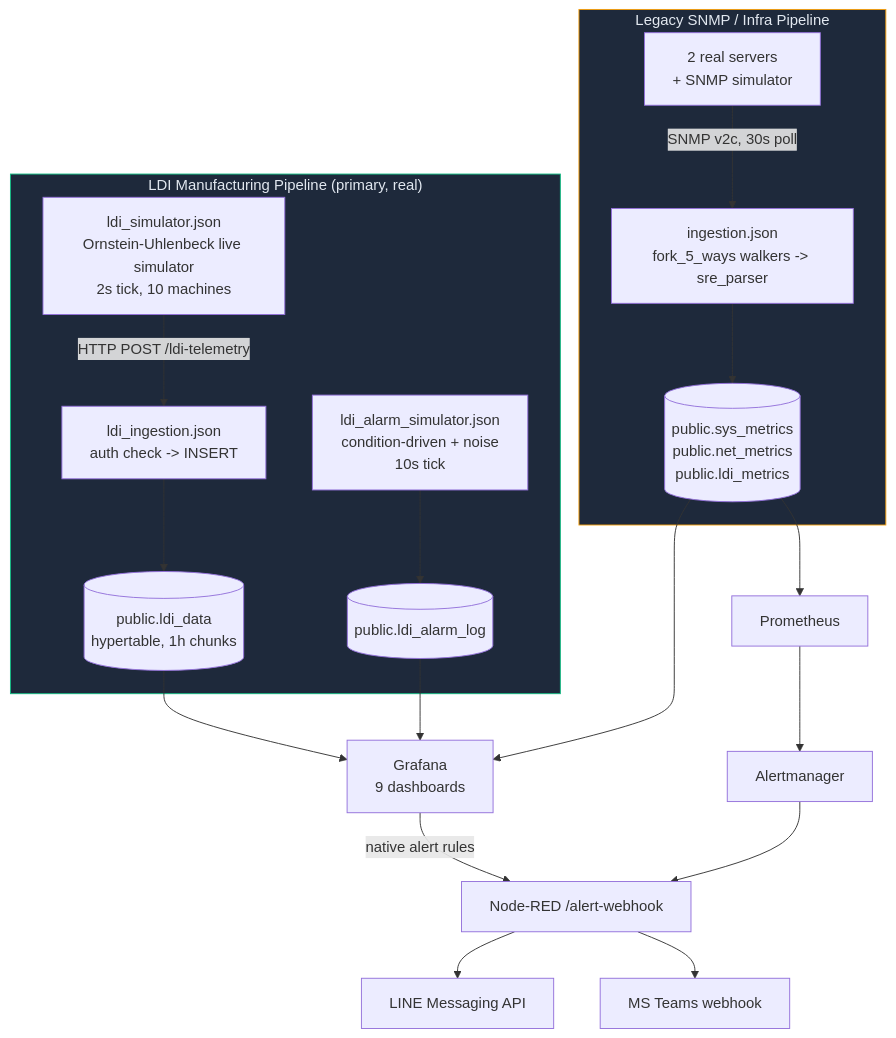
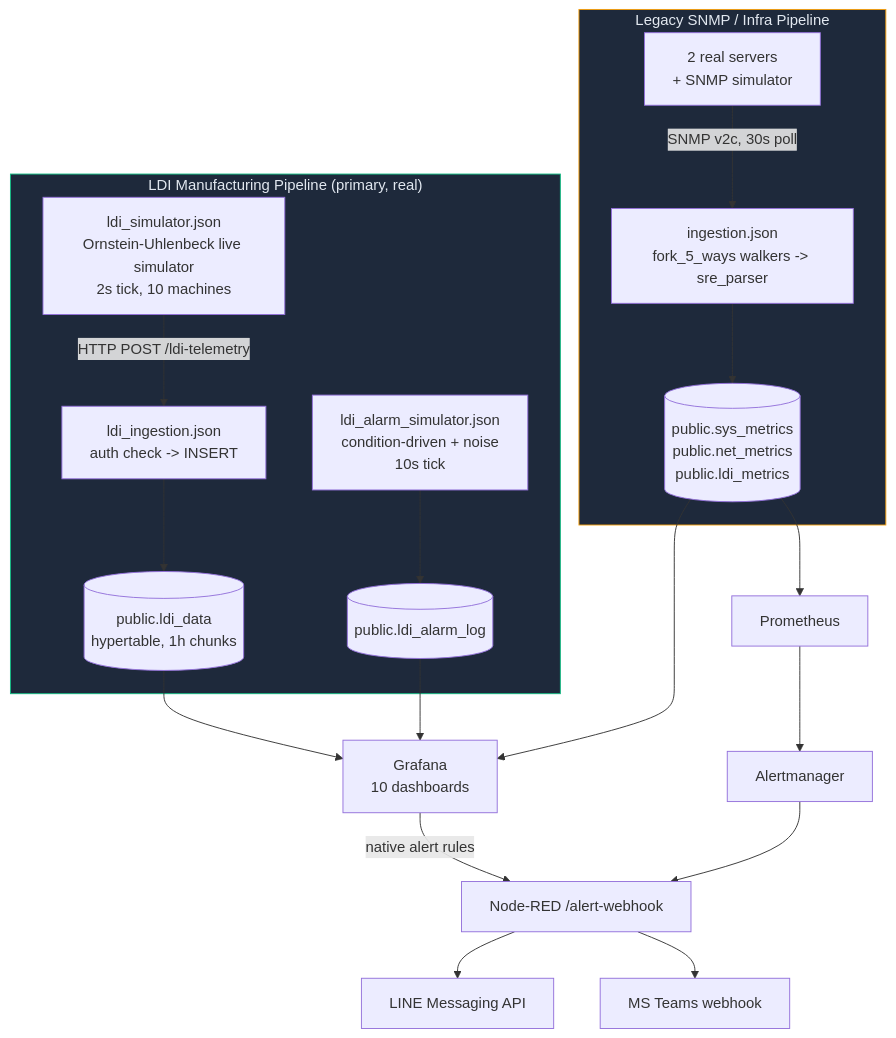
Before and after one commit to PATTANAKORN025/IMS: the diagram in docs/architecture/ARCHITECTURE.md, drawn with Mermaid. The commit also changed other lines of this file and 3 other files, not shown here.

````diff
--- a/docs/architecture/ARCHITECTURE.md
+++ b/docs/architecture/ARCHITECTURE.md
@@ -11,25 +11,25 @@
 ```mermaid
 flowchart TB
     subgraph LDI ["LDI Manufacturing Pipeline (primary, real)"]
         SIM["ldi_simulator.json\nOrnstein-Uhlenbeck live simulator\n2s tick, 10 machines"] -->|"HTTP POST /ldi-telemetry"| ING["ldi_ingestion.json\nauth check -> INSERT"]
         ING --> LDIDATA[("public.ldi_data\nhypertable, 1h chunks")]
         ALMSIM["ldi_alarm_simulator.json\ncondition-driven + noise\n10s tick"] --> ALARMLOG[("public.ldi_alarm_log")]
     end
 
     subgraph LEGACY ["Legacy SNMP / Infra Pipeline"]
         DEV["2 real servers\n+ SNMP simulator"] -->|"SNMP v2c, 30s poll"| NR["ingestion.json\nfork_5_ways walkers -> sre_parser"]
         NR --> SYSMETRICS[("public.sys_metrics\npublic.net_metrics\npublic.ldi_metrics")]
     end
 
-    LDIDATA --> GRAFANA["Grafana\n9 dashboards"]
+    LDIDATA --> GRAFANA["Grafana\n10 dashboards"]
     ALARMLOG --> GRAFANA
     SYSMETRICS --> GRAFANA
     SYSMETRICS --> PROM["Prometheus"]
     GRAFANA -->|"native alert rules"| NRWEBHOOK["Node-RED /alert-webhook"]
     PROM --> AM["Alertmanager"] --> NRWEBHOOK
     NRWEBHOOK --> LINE["LINE Messaging API"]
     NRWEBHOOK --> TEAMS["MS Teams webhook"]
 
     style LDI fill:#1e293b,stroke:#10B981,color:#e2e8f0
     style LEGACY fill:#1e293b,stroke:#F59E0B,color:#e2e8f0
 ```
````
